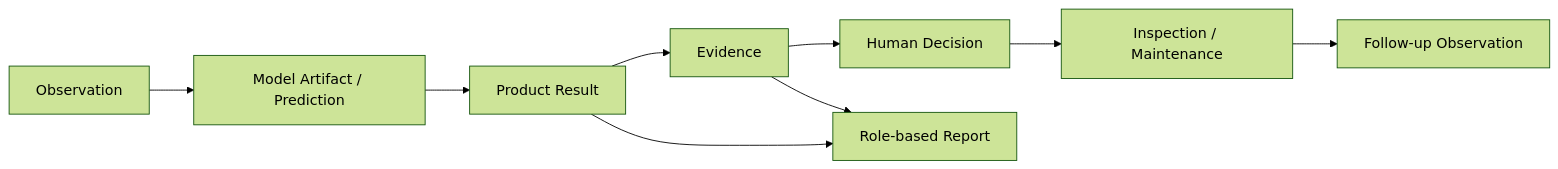
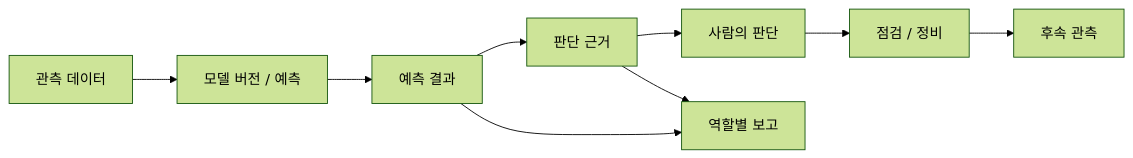
One commit to enjoylonelines/ontology-dashboard changed the second of 2 diagrams in README.md. Above: the diagram before and after it, drawn with Mermaid (forest theme). The commit also changed other lines of this file and 1 other file, not shown here.

Commit message:
docs: clarify portfolio evidence boundaries

````diff
--- a/README.md
+++ b/README.md
@@ -71,11 +67,11 @@
 ```mermaid
 flowchart LR
-    OBS[Observation] --> MODEL[Model Artifact / Prediction]
-    MODEL --> RESULT[Product Result]
-    RESULT --> EVIDENCE[Evidence]
-    EVIDENCE --> DECISION[Human Decision]
-    DECISION --> ACTION[Inspection / Maintenance]
-    ACTION --> FOLLOW[Follow-up Observation]
-    RESULT --> REPORT[Role-based Report]
+    OBS[관측 데이터] --> MODEL[모델 버전 / 예측]
+    MODEL --> RESULT[예측 결과]
+    RESULT --> EVIDENCE[판단 근거]
+    EVIDENCE --> DECISION[사람의 판단]
+    DECISION --> ACTION[점검 / 정비]
+    ACTION --> FOLLOW[후속 관측]
+    RESULT --> REPORT[역할별 보고]
     EVIDENCE --> REPORT
 ```
````
